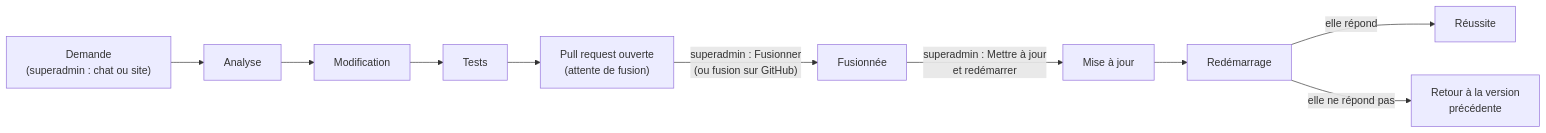
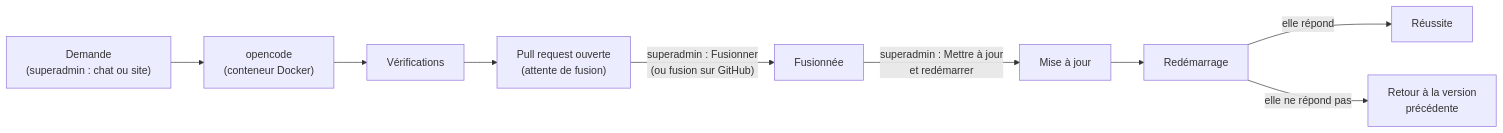
The diagram in docs/evolution.md (EthannSchneider/Rosalie), drawn with Mermaid before and after one commit. The commit also changed other lines of this file and 27 other files, not shown here.

First line of the commit message:
feat: add Docker container permissions and related tests

````diff
--- a/docs/evolution.md
+++ b/docs/evolution.md
@@ -8,9 +9,9 @@
 ```mermaid
 flowchart LR
-    D["Demande<br/>(superadmin : chat ou site)"] --> A["Analyse"] --> M["Modification"] --> T["Tests"]
+    D["Demande<br/>(superadmin : chat ou site)"] --> M["opencode<br/>(conteneur Docker)"] --> T["Vérifications"]
     T --> PR["Pull request ouverte<br/>(attente de fusion)"]
     PR -->|"superadmin : Fusionner<br/>(ou fusion sur GitHub)"| F["Fusionnée"]
     F -->|"superadmin : Mettre à jour<br/>et redémarrer"| U["Mise à jour"] --> R["Redémarrage"]
     R -->|"elle répond"| OK["Réussite"]
     R -->|"elle ne répond pas"| RB["Retour à la version<br/>précédente"]
 ```
````
